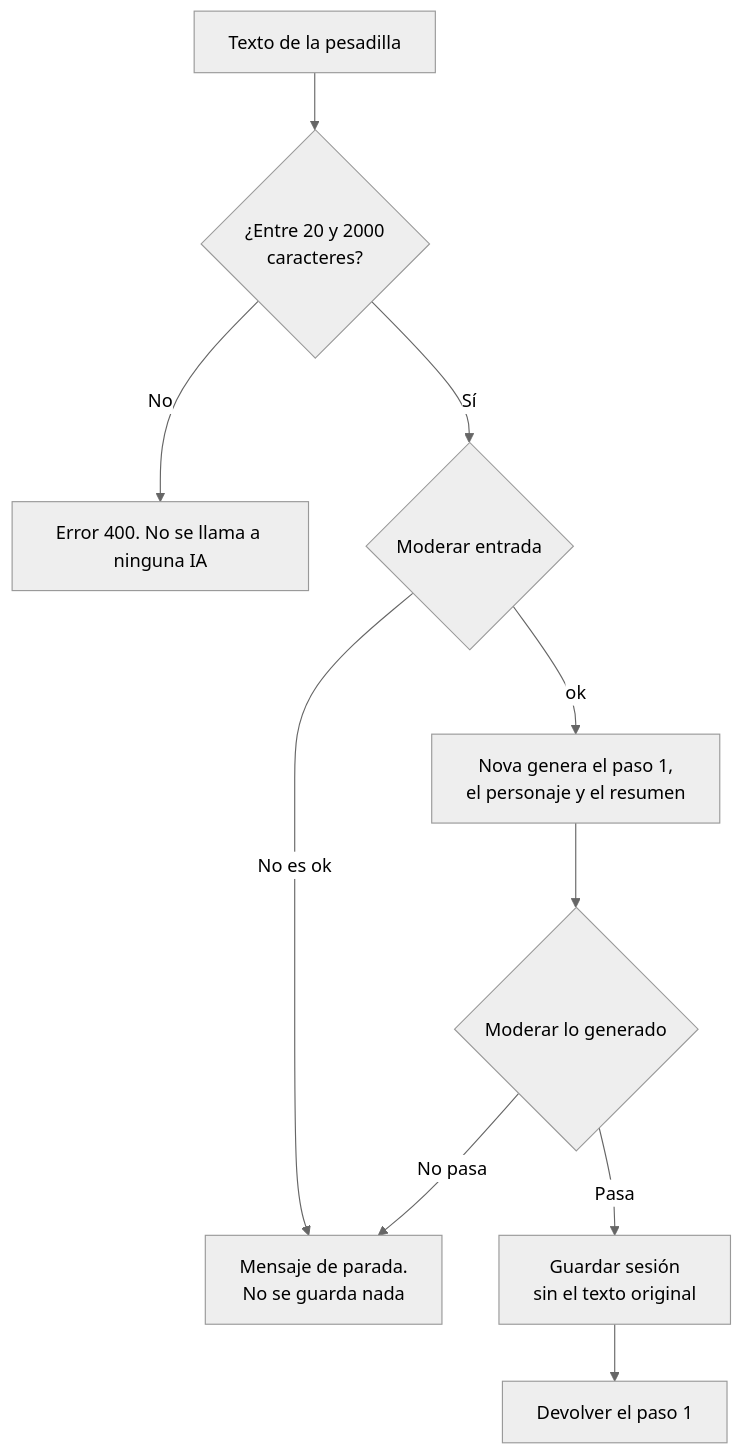
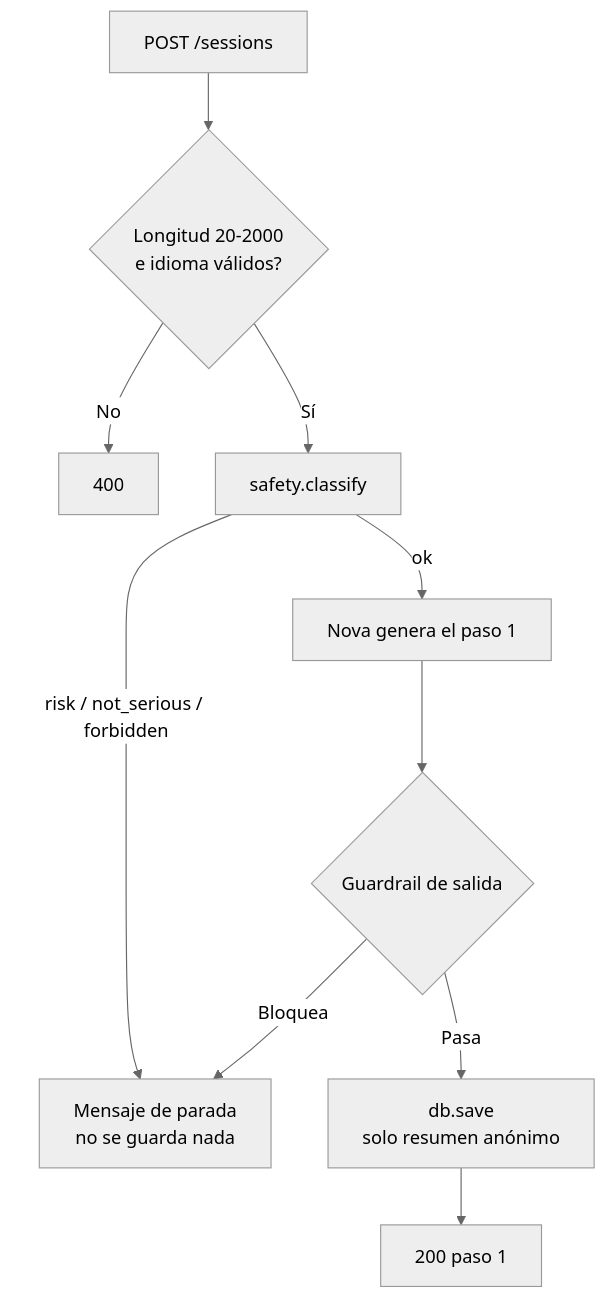
Before and after one commit to jllarreag/nightmare: the second of 2 diagrams in docs/documento-tecnico.md, drawn with Mermaid (neutral theme). The commit also changed other lines of this file and 2 other files, not shown here.

Commit message:
Rewrite technical document and spec for the simplified architecture

````diff
--- a/docs/documento-tecnico.md
+++ b/docs/documento-tecnico.md
@@ -353,12 +75,12 @@
 ```mermaid
 flowchart TD
-  A[Texto de la pesadilla] --> B{¿Entre 20 y 2000<br/>caracteres?}
-  B -->|No| E1[Error 400. No se llama a ninguna IA]
-  B -->|Sí| C{Moderar entrada}
-  C -->|No es ok| E2[Mensaje de parada.<br/>No se guarda nada]
-  C -->|ok| D[Nova genera el paso 1,<br/>el personaje y el resumen]
-  D --> F{Moderar lo generado}
-  F -->|No pasa| E2
-  F -->|Pasa| G[Guardar sesión<br/>sin el texto original]
-  G --> H[Devolver el paso 1]
+  A[POST /sessions] --> B{Longitud 20-2000<br/>e idioma válidos?}
+  B -- No --> E1[400]
+  B -- Sí --> C[safety.classify]
+  C -- risk / not_serious / forbidden --> S[Mensaje de parada<br/>no se guarda nada]
+  C -- ok --> D[Nova genera el paso 1]
+  D --> F{Guardrail de salida}
+  F -- Bloquea --> S
+  F -- Pasa --> G[db.save<br/>solo resumen anónimo]
+  G --> R[200 paso 1]
 ```
````
